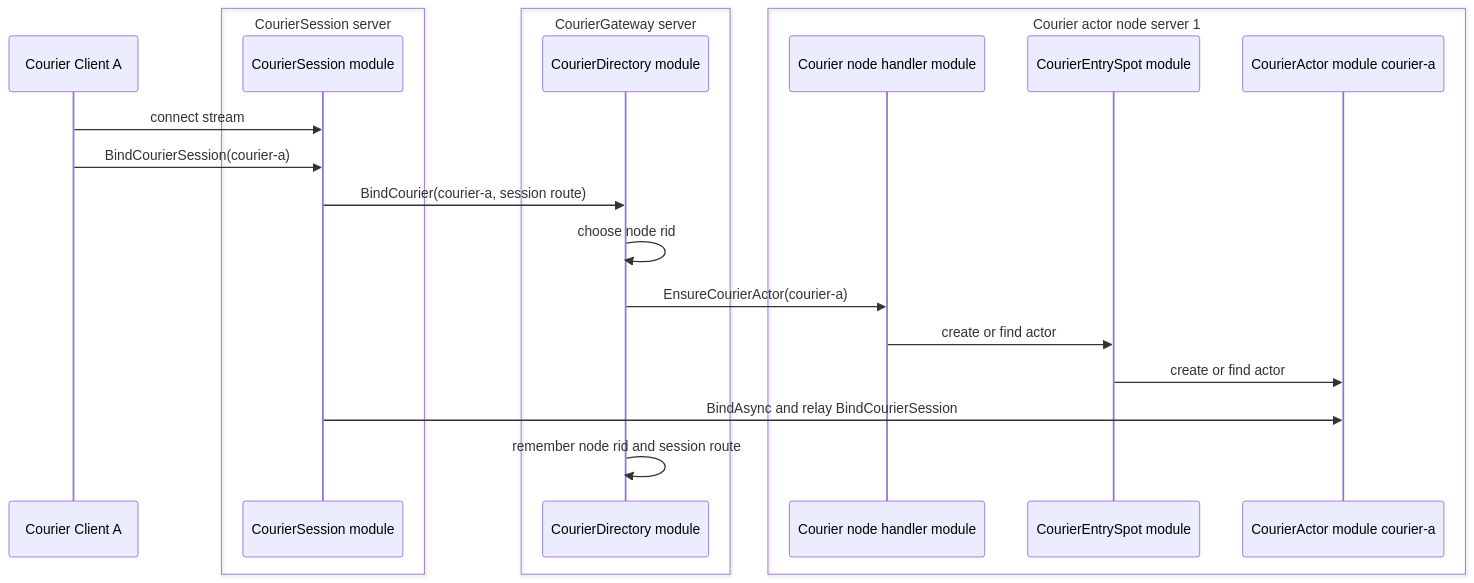
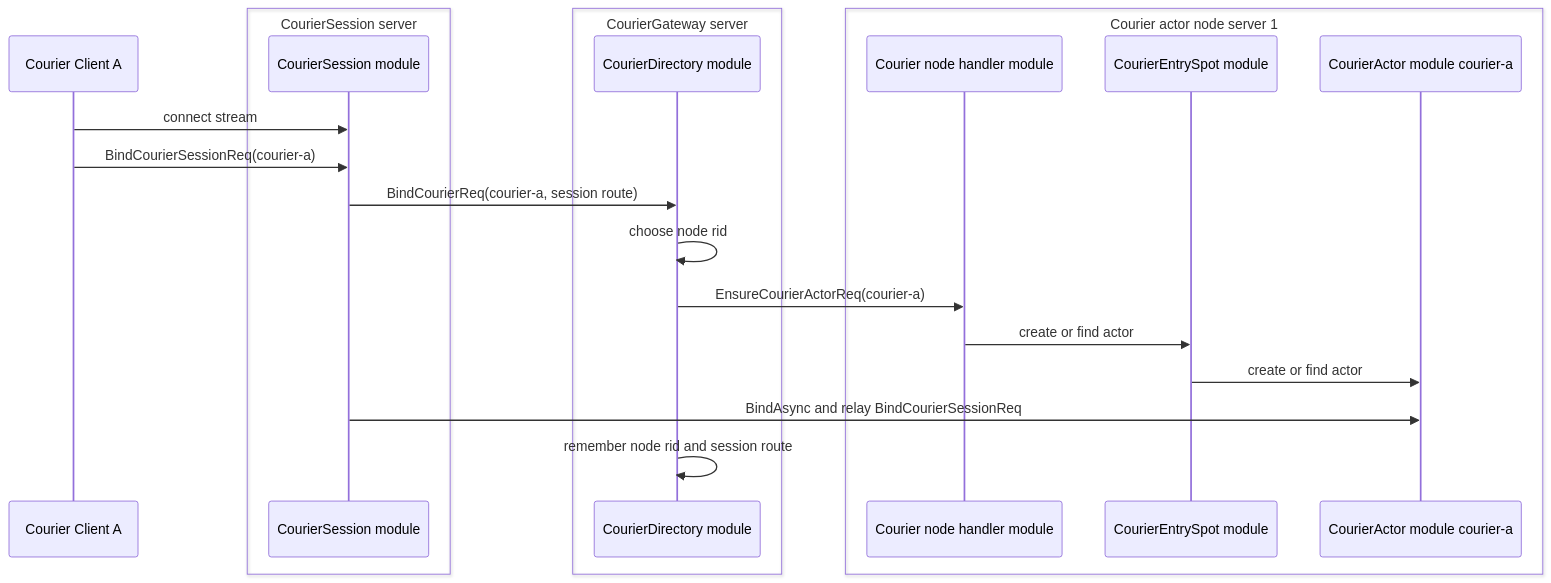
The third of 4 diagrams in framework/languages/dotnet/samples/DeliveryDispatch/README.ko.md (kairos-code-dev/zlink), drawn with Mermaid before and after one commit. The commit also changed other lines of this file and 1158 other files, not shown here.

````diff
--- a/framework/languages/dotnet/samples/DeliveryDispatch/README.ko.md
+++ b/framework/languages/dotnet/samples/DeliveryDispatch/README.ko.md
@@ -251,28 +251,28 @@
 ```mermaid
 sequenceDiagram
     participant CourierClient as Courier Client A
 
     box CourierSession server
         participant CourierSession as CourierSession module
     end
 
     box CourierGateway server
         participant CourierDirectory as CourierDirectory module
     end
 
     box Courier actor node server 1
         participant CourierRoute as Courier node handler module
         participant CourierEntry as CourierEntrySpot module
         participant CourierActor as CourierActor module courier-a
     end
 
     CourierClient->>CourierSession: connect stream
-    CourierClient->>CourierSession: BindCourierSession(courier-a)
-    CourierSession->>CourierDirectory: BindCourier(courier-a, session route)
+    CourierClient->>CourierSession: BindCourierSessionReq(courier-a)
+    CourierSession->>CourierDirectory: BindCourierReq(courier-a, session route)
     CourierDirectory->>CourierDirectory: choose node rid
-    CourierDirectory->>CourierRoute: EnsureCourierActor(courier-a)
+    CourierDirectory->>CourierRoute: EnsureCourierActorReq(courier-a)
     CourierRoute->>CourierEntry: create or find actor
     CourierEntry->>CourierActor: create or find actor
-    CourierSession->>CourierActor: BindAsync and relay BindCourierSession
+    CourierSession->>CourierActor: BindAsync and relay BindCourierSessionReq
     CourierDirectory->>CourierDirectory: remember node rid and session route
 ```
````
